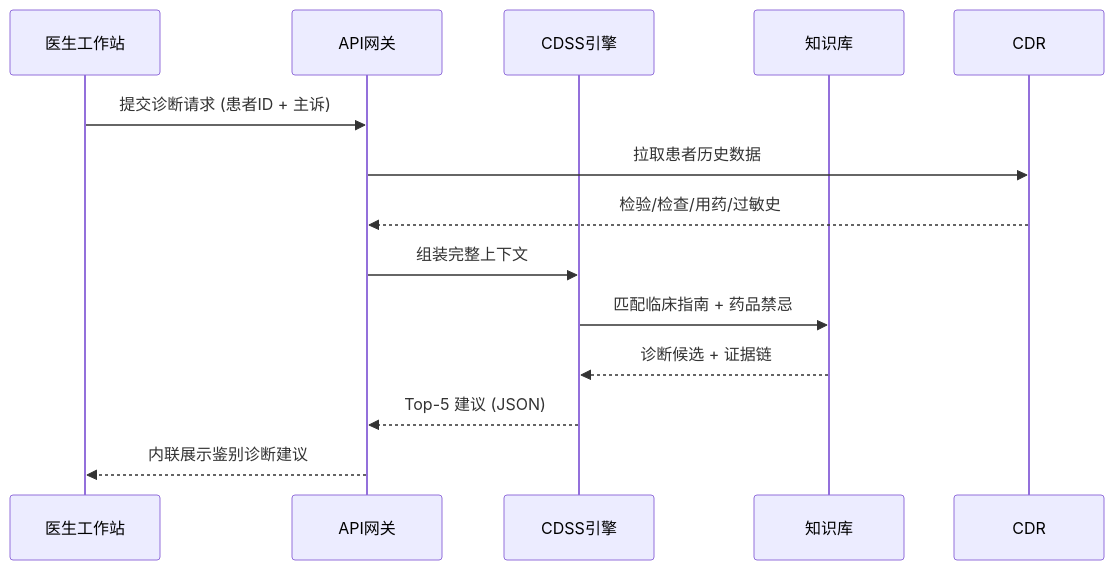
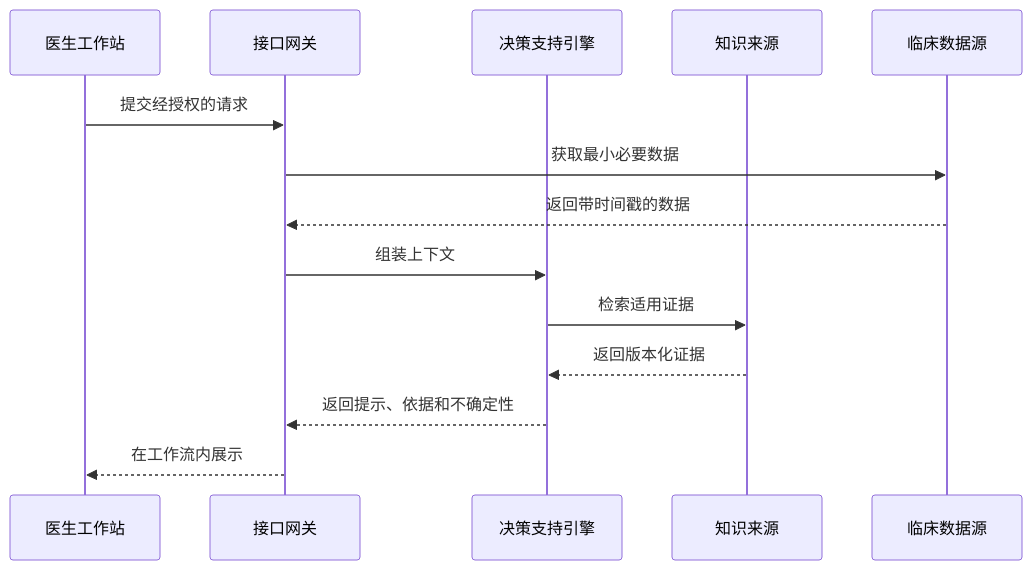
Before and after one commit to shawnshi/shawnshi-skills: the diagram in hit-solution-architect/templates/examples/narrative_vs_matrix_sample.md, drawn with Mermaid. The commit also changed other lines of this file and 259 other files, not shown here.

````diff
--- a/hit-solution-architect/templates/examples/narrative_vs_matrix_sample.md
+++ b/hit-solution-architect/templates/examples/narrative_vs_matrix_sample.md
@@ -32,17 +27,17 @@
 ```mermaid
 sequenceDiagram
-    participant 医生工作站
-    participant API网关
-    participant CDSS引擎
-    participant 知识库
-    participant CDR
+    participant Clinician as 医生工作站
+    participant Gateway as 接口网关
+    participant Engine as 决策支持引擎
+    participant Knowledge as 知识来源
+    participant Record as 临床数据源
 
-    医生工作站->>API网关: 提交诊断请求 (患者ID + 主诉)
-    API网关->>CDR: 拉取患者历史数据
-    CDR-->>API网关: 检验/检查/用药/过敏史
-    API网关->>CDSS引擎: 组装完整上下文
-    CDSS引擎->>知识库: 匹配临床指南 + 药品禁忌
-    知识库-->>CDSS引擎: 诊断候选 + 证据链
-    CDSS引擎-->>API网关: Top-5 建议 (JSON)
-    API网关-->>医生工作站: 内联展示鉴别诊断建议
+    Clinician->>Gateway: 提交经授权的请求
+    Gateway->>Record: 获取最小必要数据
+    Record-->>Gateway: 返回带时间戳的数据
+    Gateway->>Engine: 组装上下文
+    Engine->>Knowledge: 检索适用证据
+    Knowledge-->>Engine: 返回版本化证据
+    Engine-->>Gateway: 返回提示、依据和不确定性
+    Gateway-->>Clinician: 在工作流内展示
 ```
````
